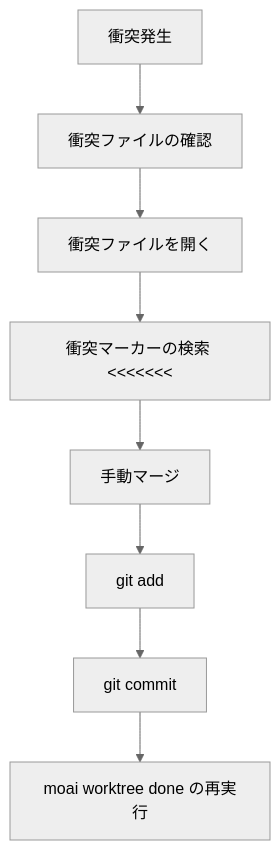
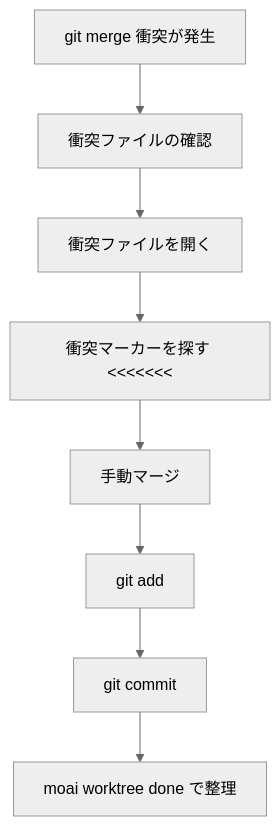
One commit to modu-ai/moai-adk changed the sixth of 9 diagrams in docs-site/content/ja/worktree/faq.md. Above: the diagram before and after it, drawn with Mermaid (neutral theme). The commit also changed other lines of this file and 180 other files, not shown here.

````diff
--- a/docs-site/content/ja/worktree/faq.md
+++ b/docs-site/content/ja/worktree/faq.md
@@ -250,10 +246,10 @@
 ```mermaid
 flowchart TD
-    A[衝突発生] --> B[衝突ファイルの確認]
+    A[git merge 衝突が発生] --> B[衝突ファイルの確認]
     B --> C[衝突ファイルを開く]
-    C --> D[衝突マーカーの検索 &lt;&lt;&lt;&lt;&lt;&lt;&lt;]
+    C --> D[衝突マーカーを探す &lt;&lt;&lt;&lt;&lt;&lt;&lt;]
     D --> E[手動マージ]
     E --> F[git add]
     F --> G[git commit]
-    G --> H[moai worktree done の再実行]
+    G --> H[moai worktree done で整理]
 ```
````
